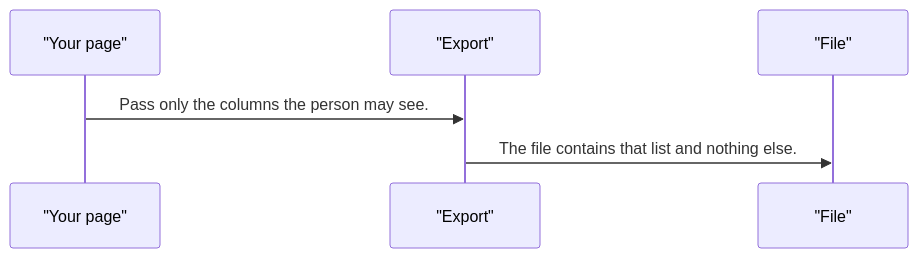
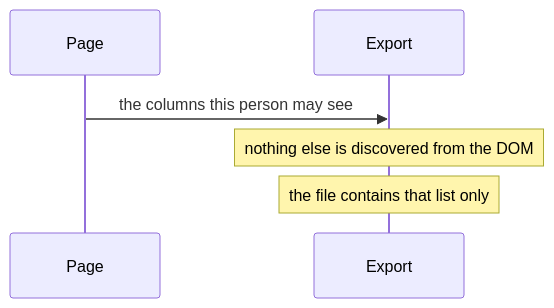
One commit to RajshekharBorate/pixel-ui changed the third of 3 diagrams in projects/pixel-ui/src/lib/services/export/DESIGN.md. Above: the diagram before and after it, drawn with Mermaid. The commit also changed other lines of this file and 73 other files, not shown here.

Commit message:
Explain who owns each value and what each flow does in every component and service design.

````diff
--- a/projects/pixel-ui/src/lib/services/export/DESIGN.md
+++ b/projects/pixel-ui/src/lib/services/export/DESIGN.md
@@ -57,8 +74,8 @@
 ```mermaid
 sequenceDiagram
-  participant page as "Your page"
-  participant export as "Export"
-  participant file as "File"
-  page->>export: Pass only the columns the person may see.
-  export->>file: The file contains that list and nothing else.
+  participant Page
+  participant Export
+  Page->>Export: the columns this person may see
+  Note over Export: nothing else is discovered from the DOM
+  Note over Export: the file contains that list only
 ```
````
